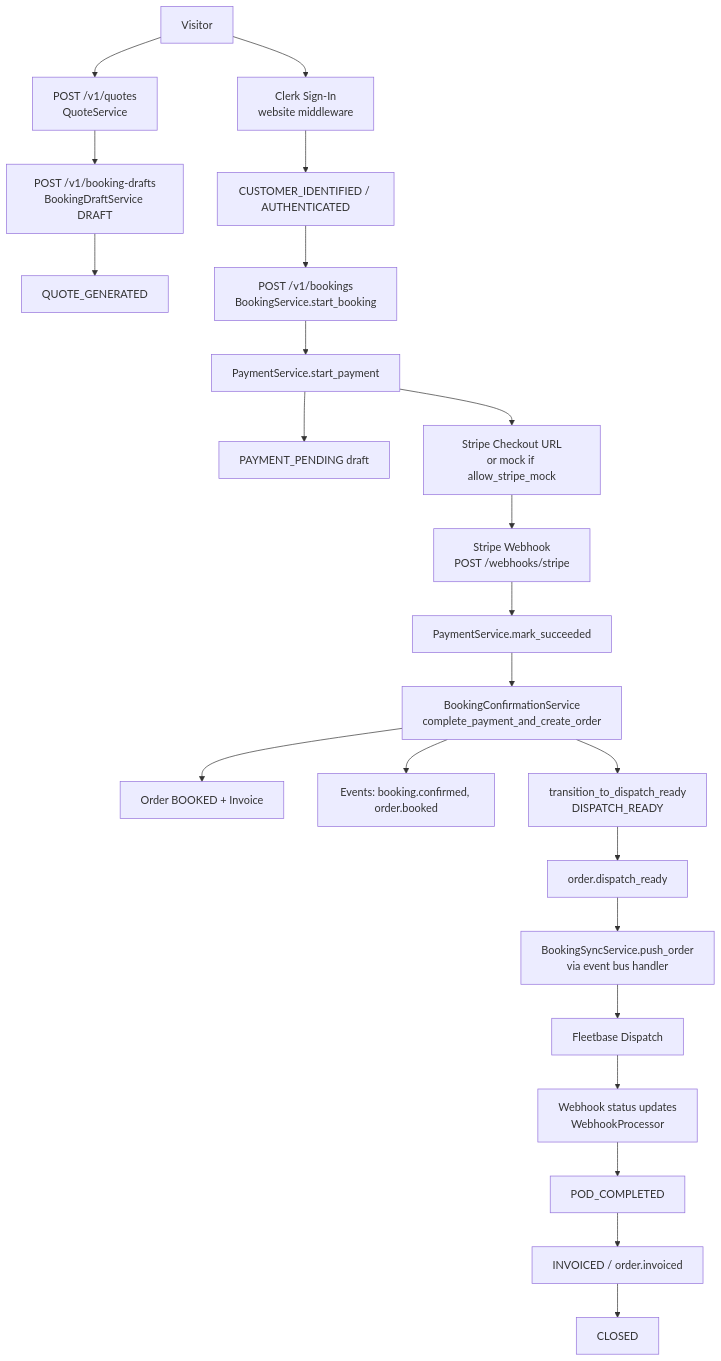
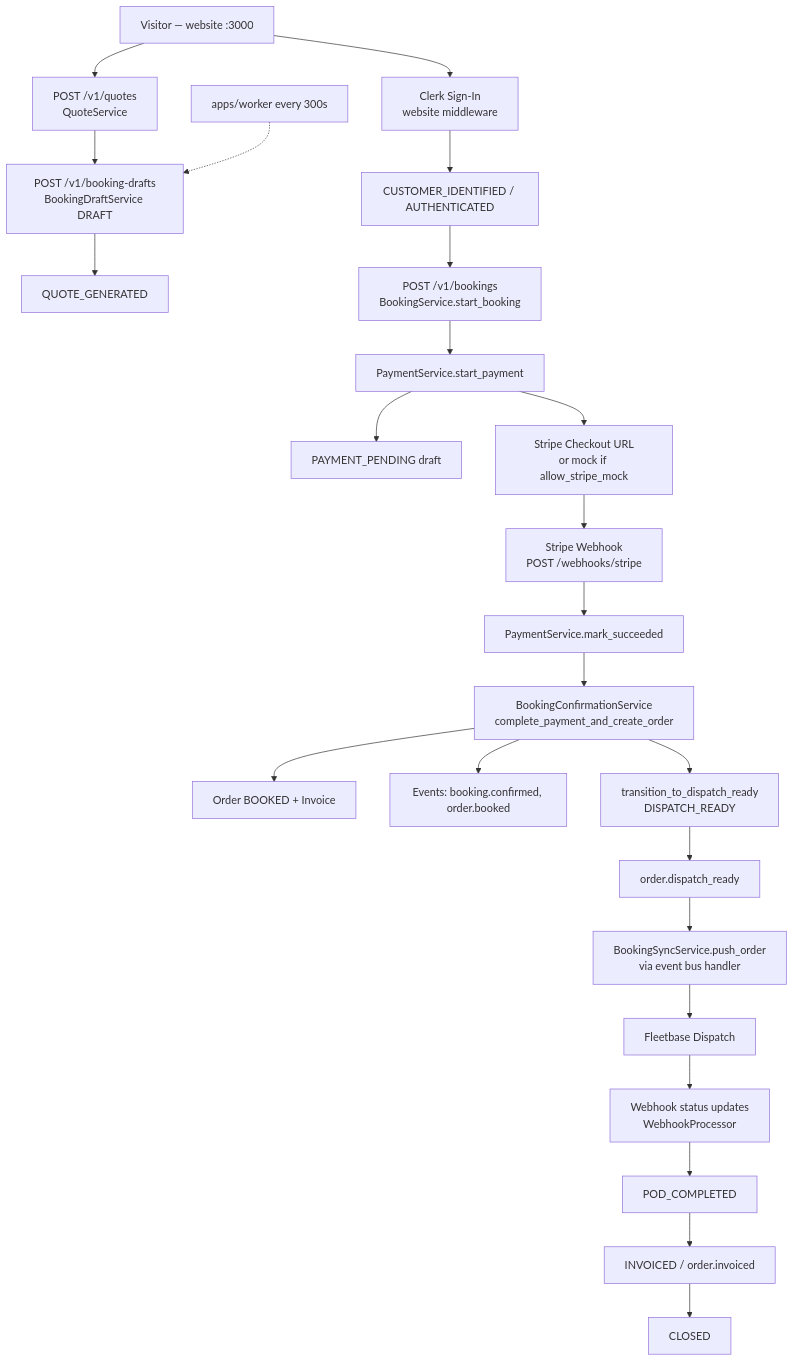
One commit to PORTERCHAIN-INC/PCD changed the diagram in docs/architecture/BOOKING_FLOW.md. Above: the diagram before and after it, drawn with Mermaid. The commit also changed other lines of this file and 453 other files, not shown here.

````diff
--- a/docs/architecture/BOOKING_FLOW.md
+++ b/docs/architecture/BOOKING_FLOW.md
@@ -27,25 +41,26 @@
 ```mermaid
 flowchart TD
-  V[Visitor] --> Q[POST /v1/quotes<br/>QuoteService]
+  V[Visitor — website :3000] --> Q[POST /v1/quotes<br/>QuoteService]
   Q --> BD[POST /v1/booking-drafts<br/>BookingDraftService DRAFT]
   BD --> QG[QUOTE_GENERATED]
   V --> AUTH[Clerk Sign-In<br/>website middleware]
   AUTH --> CID[CUSTOMER_IDENTIFIED / AUTHENTICATED]
   CID --> BK[POST /v1/bookings<br/>BookingService.start_booking]
   BK --> PS[PaymentService.start_payment]
   PS --> PP[PAYMENT_PENDING draft]
   PS --> SC[Stripe Checkout URL<br/>or mock if allow_stripe_mock]
   SC --> SW[Stripe Webhook<br/>POST /webhooks/stripe]
   SW --> MS[PaymentService.mark_succeeded]
   MS --> CF[BookingConfirmationService<br/>complete_payment_and_create_order]
   CF --> ORD[Order BOOKED + Invoice]
   CF --> EV1[Events: booking.confirmed, order.booked]
   CF --> DR[transition_to_dispatch_ready<br/>DISPATCH_READY]
   DR --> EV2[order.dispatch_ready]
   EV2 --> FB[BookingSyncService.push_order<br/>via event bus handler]
   FB --> DISP[Fleetbase Dispatch]
   DISP --> DEL[Webhook status updates<br/>WebhookProcessor]
   DEL --> POD[POD_COMPLETED]
   POD --> INV[INVOICED / order.invoiced]
   INV --> CLS[CLOSED]
+  WRK[apps/worker every 300s] -.-> BD
 ```
````
